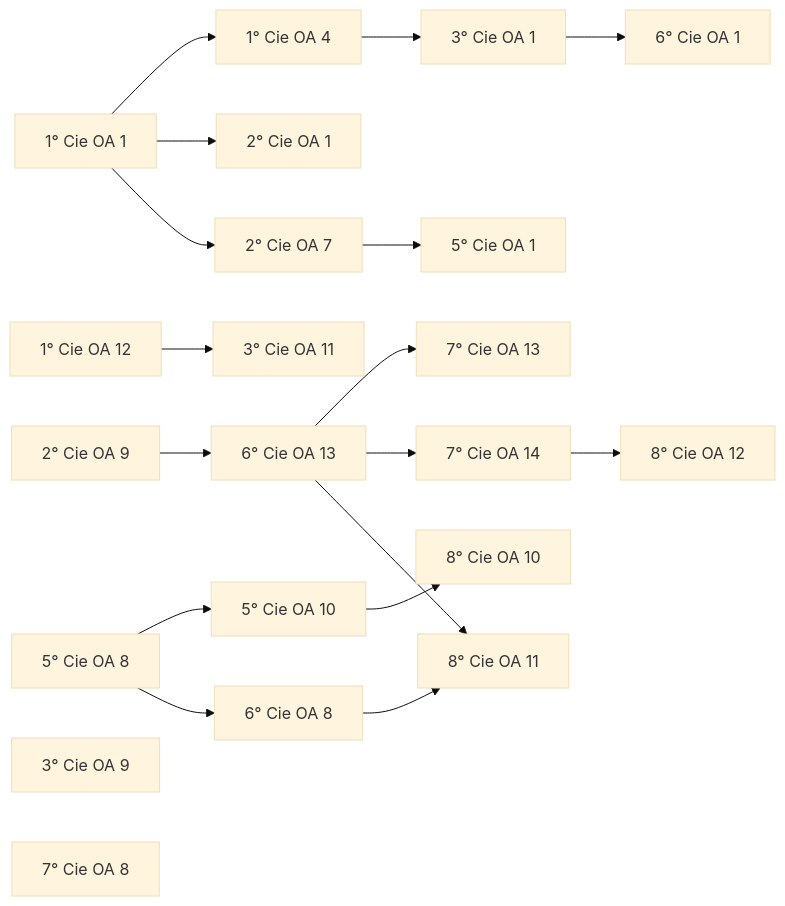
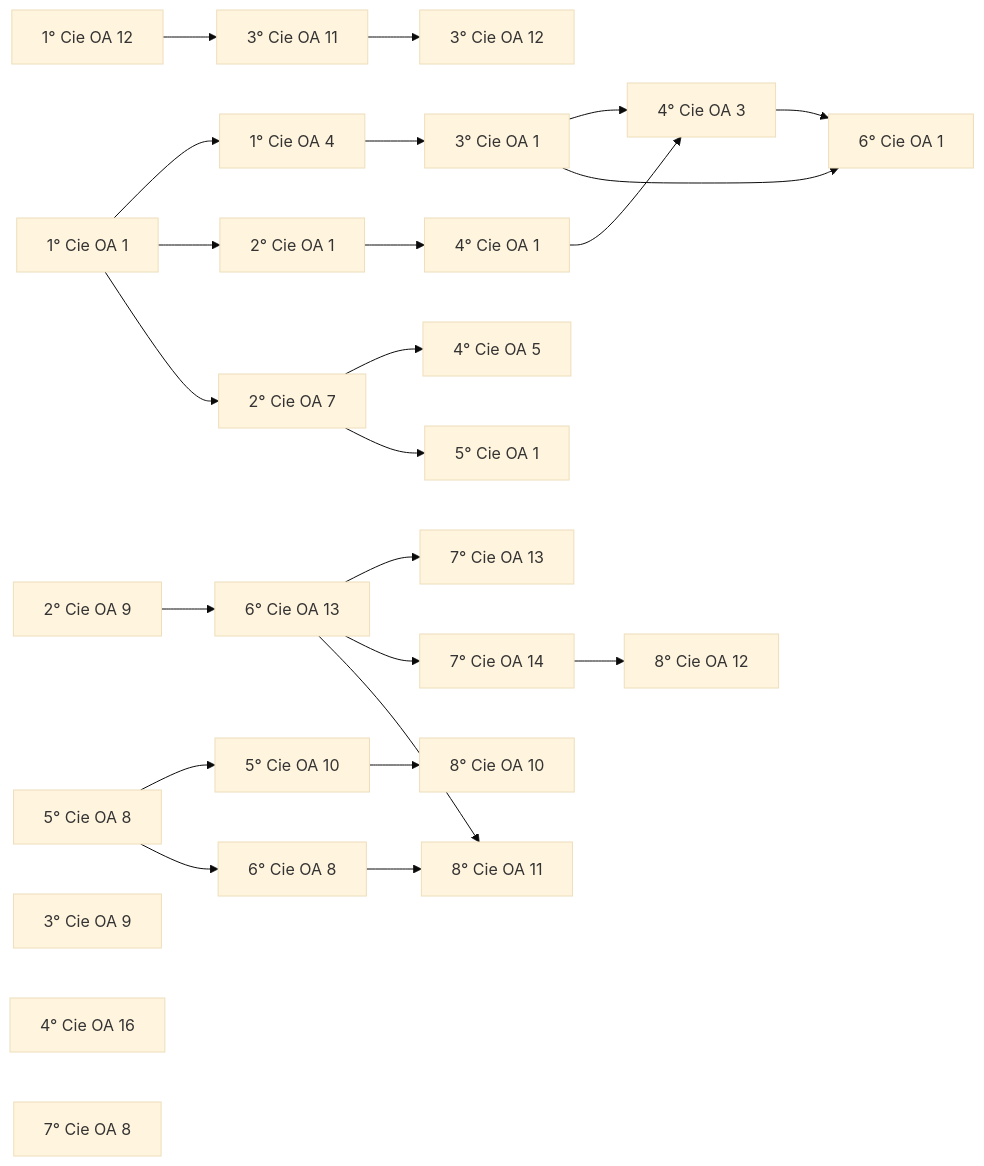
The third of 4 diagrams in expedicion-saber/docs/progresion.md (seanduarteu-cyber/PRODUCCION-PLAYMAKER), drawn with Mermaid (base theme) before and after one commit. The commit also changed other lines of this file and 16 other files, not shown here.

````diff
--- a/expedicion-saber/docs/progresion.md
+++ b/expedicion-saber/docs/progresion.md
@@ -72,21 +79,28 @@
 ```mermaid
 flowchart LR
   1_basico_ciencias_OA1["1° Cie OA 1"] --> 1_basico_ciencias_OA4["1° Cie OA 4"]
   1_basico_ciencias_OA1["1° Cie OA 1"] --> 2_basico_ciencias_OA1["2° Cie OA 1"]
   1_basico_ciencias_OA1["1° Cie OA 1"] --> 2_basico_ciencias_OA7["2° Cie OA 7"]
   1_basico_ciencias_OA4["1° Cie OA 4"] --> 3_basico_ciencias_OA1["3° Cie OA 1"]
   1_basico_ciencias_OA12["1° Cie OA 12"] --> 3_basico_ciencias_OA11["3° Cie OA 11"]
+  3_basico_ciencias_OA11["3° Cie OA 11"] --> 3_basico_ciencias_OA12["3° Cie OA 12"]
+  2_basico_ciencias_OA1["2° Cie OA 1"] --> 4_basico_ciencias_OA1["4° Cie OA 1"]
+  4_basico_ciencias_OA1["4° Cie OA 1"] --> 4_basico_ciencias_OA3["4° Cie OA 3"]
+  3_basico_ciencias_OA1["3° Cie OA 1"] --> 4_basico_ciencias_OA3["4° Cie OA 3"]
+  2_basico_ciencias_OA7["2° Cie OA 7"] --> 4_basico_ciencias_OA5["4° Cie OA 5"]
   2_basico_ciencias_OA7["2° Cie OA 7"] --> 5_basico_ciencias_OA1["5° Cie OA 1"]
   5_basico_ciencias_OA8["5° Cie OA 8"] --> 5_basico_ciencias_OA10["5° Cie OA 10"]
+  4_basico_ciencias_OA3["4° Cie OA 3"] --> 6_basico_ciencias_OA1["6° Cie OA 1"]
   3_basico_ciencias_OA1["3° Cie OA 1"] --> 6_basico_ciencias_OA1["6° Cie OA 1"]
   5_basico_ciencias_OA8["5° Cie OA 8"] --> 6_basico_ciencias_OA8["6° Cie OA 8"]
   2_basico_ciencias_OA9["2° Cie OA 9"] --> 6_basico_ciencias_OA13["6° Cie OA 13"]
   6_basico_ciencias_OA13["6° Cie OA 13"] --> 7_basico_ciencias_OA13["7° Cie OA 13"]
   6_basico_ciencias_OA13["6° Cie OA 13"] --> 7_basico_ciencias_OA14["7° Cie OA 14"]
   5_basico_ciencias_OA10["5° Cie OA 10"] --> 8_basico_ciencias_OA10["8° Cie OA 10"]
   6_basico_ciencias_OA8["6° Cie OA 8"] --> 8_basico_ciencias_OA11["8° Cie OA 11"]
   6_basico_ciencias_OA13["6° Cie OA 13"] --> 8_basico_ciencias_OA11["8° Cie OA 11"]
   7_basico_ciencias_OA14["7° Cie OA 14"] --> 8_basico_ciencias_OA12["8° Cie OA 12"]
   3_basico_ciencias_OA9["3° Cie OA 9"]
+  4_basico_ciencias_OA16["4° Cie OA 16"]
   7_basico_ciencias_OA8["7° Cie OA 8"]
 ```
````
